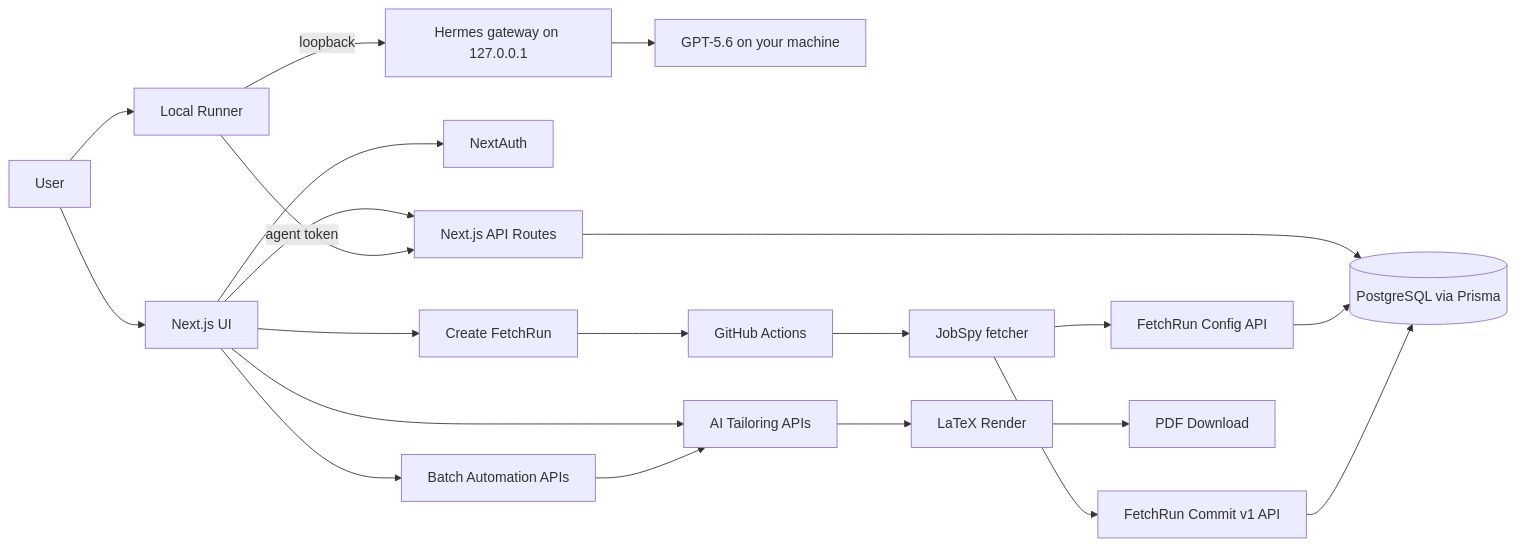
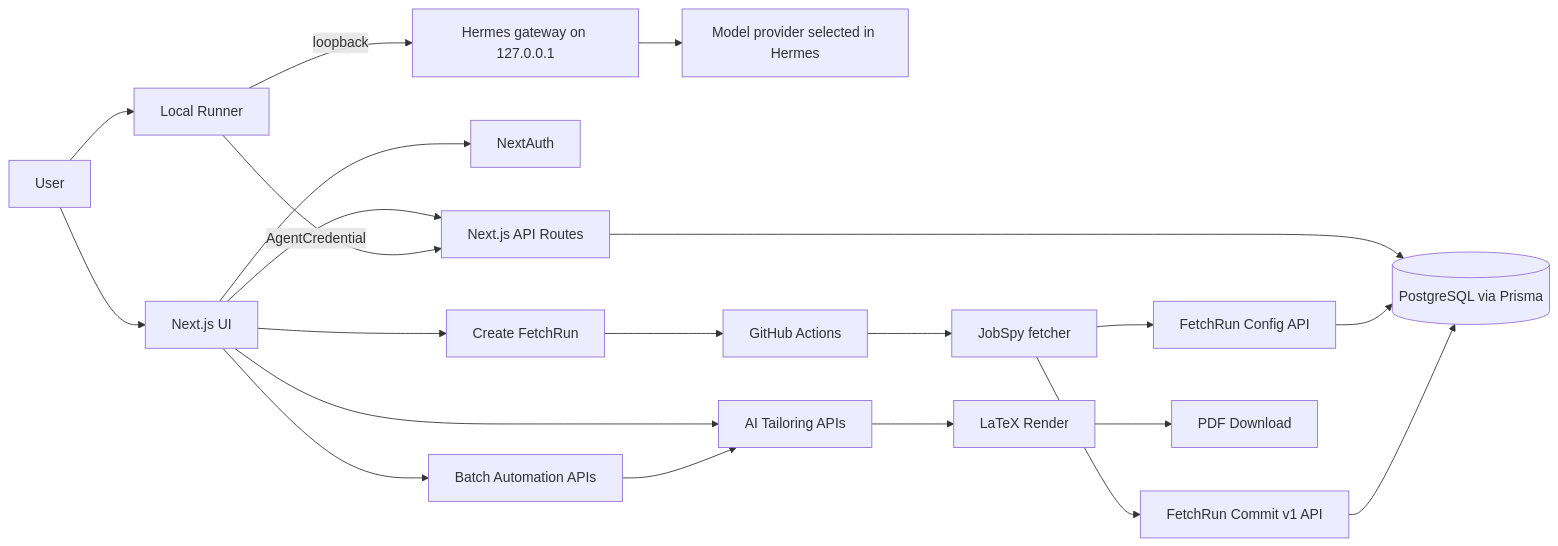
One commit to ShousenZHANG/joblit changed the diagram in README.md. Above: the diagram before and after it, drawn with Mermaid. The commit also changed other lines of this file and 124 other files, not shown here.

````diff
--- a/README.md
+++ b/README.md
@@ -348,28 +379,28 @@
 ```mermaid
 flowchart LR
   U[User] --> FE[Next.js UI]
   U --> RUN[Local Runner]
 
   FE --> API[Next.js API Routes]
   API --> DB[(PostgreSQL via Prisma)]
   FE --> AUTH[NextAuth]
 
-  RUN -->|agent token| API
+  RUN -->|AgentCredential| API
   RUN -->|loopback| HERMES[Hermes gateway on 127.0.0.1]
-  HERMES --> GPT[GPT-5.6 on your machine]
+  HERMES --> GPT[Model provider selected in Hermes]
 
   FE --> FR[Create FetchRun]
   FR --> GH[GitHub Actions]
   GH --> PY[JobSpy fetcher]
   PY --> CFG[FetchRun Config API]
   PY --> COMMIT[FetchRun Commit v1 API]
   CFG --> DB
   COMMIT --> DB
 
   FE --> AIPATH[AI Tailoring APIs]
   AIPATH --> PDF[LaTeX Render]
   PDF --> DL[PDF Download]
 
   FE --> BATCH[Batch Automation APIs]
   BATCH --> AIPATH
 ```
````
